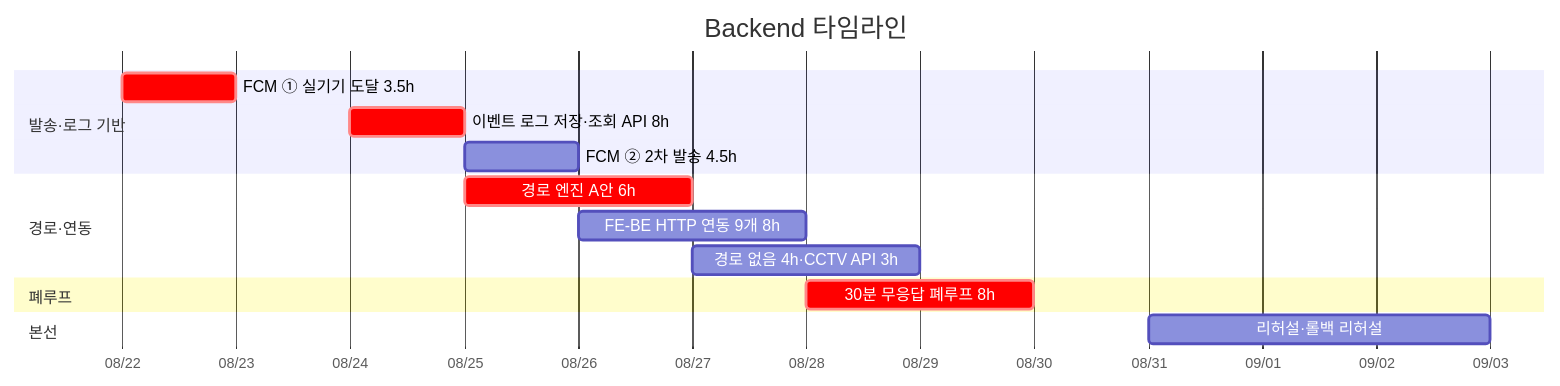
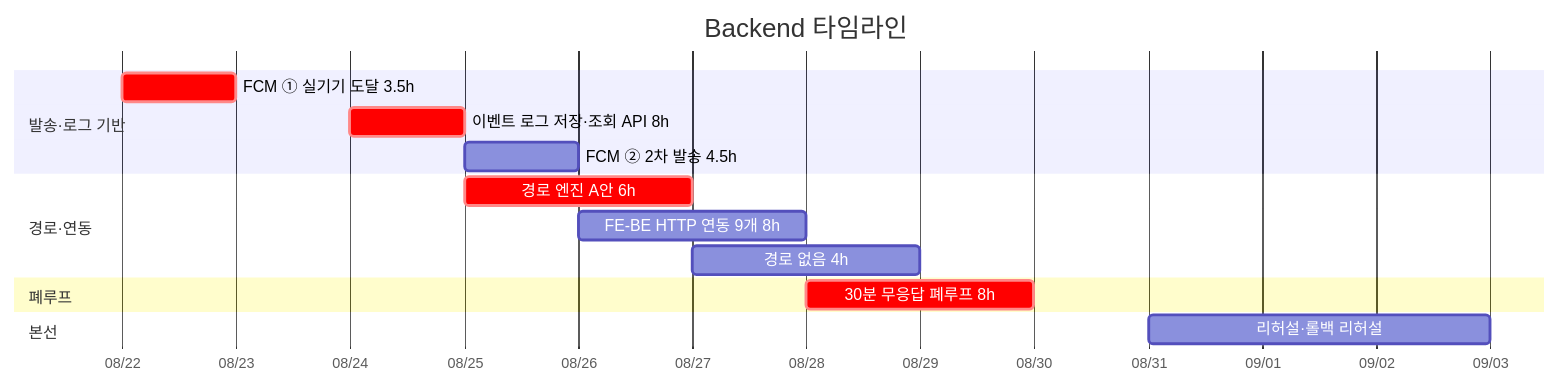
Before and after one commit to team-savers/savers-project: the diagram in docs/역할_일정/04-백엔드.md, drawn with Mermaid. The commit also changed other lines of this file and 8 other files, not shown here.

````diff
--- a/docs/역할_일정/04-백엔드.md
+++ b/docs/역할_일정/04-백엔드.md
@@ -65,18 +68,18 @@
 ```mermaid
 gantt
     title Backend 타임라인
     dateFormat YYYY-MM-DD
     axisFormat %m/%d
     section 발송·로그 기반
     FCM ① 실기기 도달 3.5h        :crit, 2026-08-22, 1d
     이벤트 로그 저장·조회 API 8h  :crit, 2026-08-24, 1d
     FCM ② 2차 발송 4.5h           :2026-08-25, 1d
     section 경로·연동
     경로 엔진 A안 6h             :crit, 2026-08-25, 2d
     FE-BE HTTP 연동 9개 8h        :2026-08-26, 2d
-    경로 없음 4h·CCTV API 3h      :2026-08-27, 2d
+    경로 없음 4h                  :2026-08-27, 2d
     section 폐루프
     30분 무응답 폐루프 8h         :crit, 2026-08-28, 2d
     section 본선
     리허설·롤백 리허설            :2026-08-31, 3d
 ```
````
